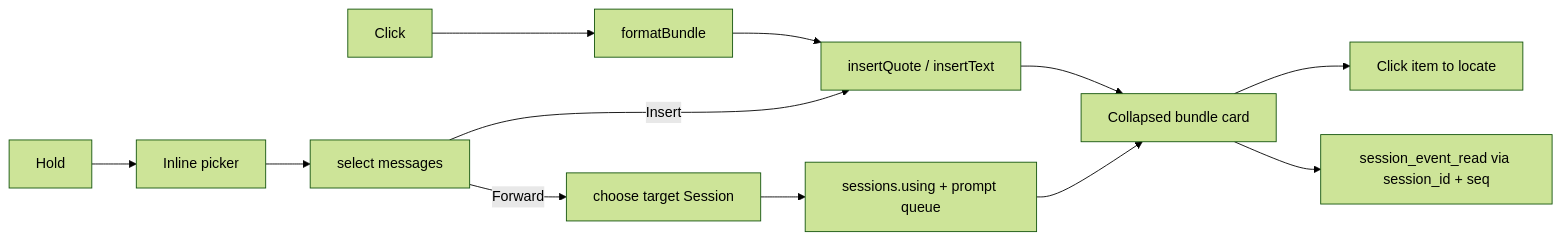
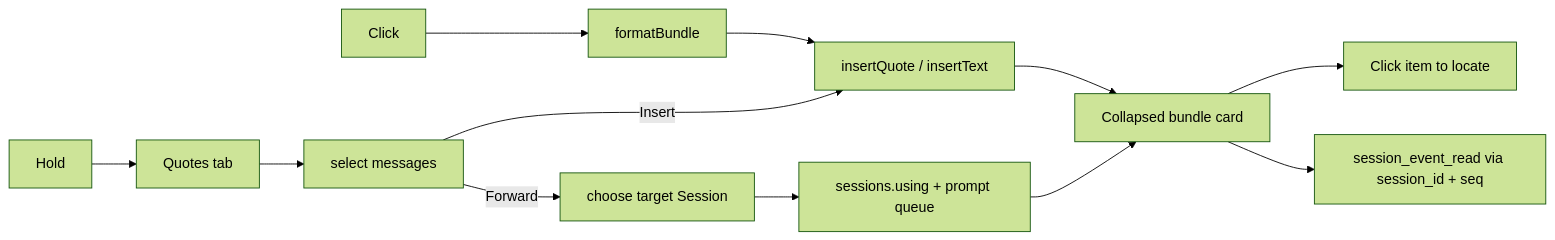
Before and after one commit to SpellingDragon/dsh-better-quotes: the diagram in README.md, drawn with Mermaid (forest theme). The commit also changed other lines of this file and 15 other files, not shown here.

First line of the commit message:
feat: move multi-select into the right-Sidebar Quotes tab

````diff
--- a/README.md
+++ b/README.md
@@ -109,14 +109,14 @@
 ```mermaid
 flowchart LR
   A[Click] --> B[formatBundle]
   B --> C[insertQuote / insertText]
-  A2[Hold] --> D[Inline picker]
+  A2[Hold] --> D[Quotes tab]
   D --> E[select messages]
   E -->|Insert| C
   E -->|Forward| F[choose target Session]
   F --> G[sessions.using + prompt queue]
   C --> H[Collapsed bundle card]
   G --> H
   H --> I[Click item to locate]
   H --> J[session_event_read via session_id + seq]
 ```
````
